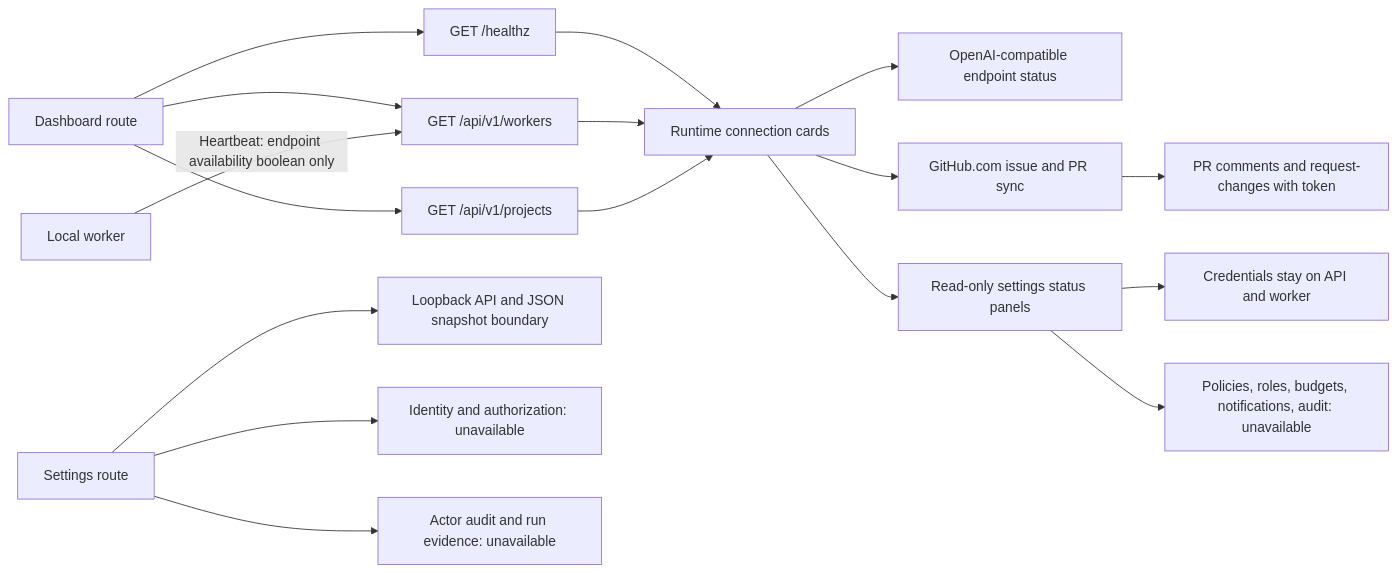
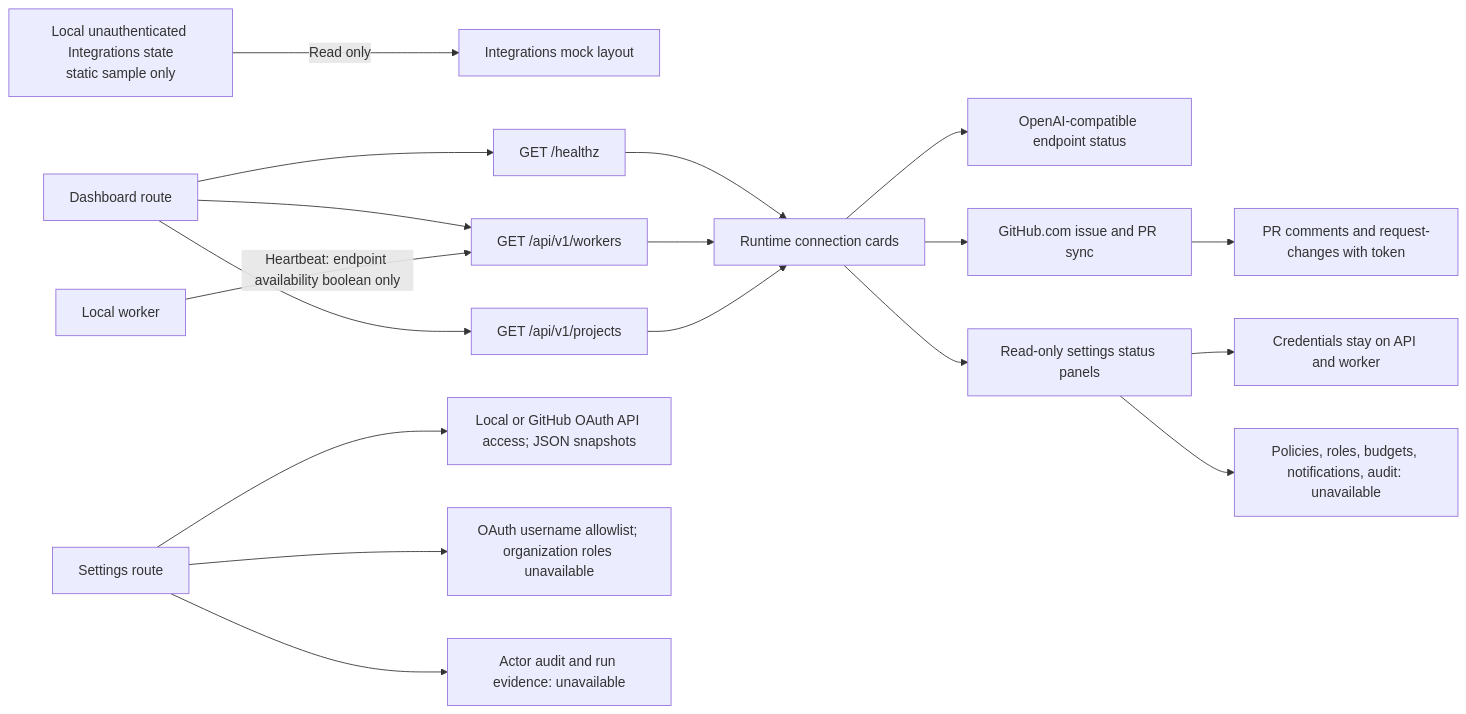
One commit to bogdaniel/zenchron-engineering-os changed the diagram in docs/features/system-settings-and-integrations.md. Above: the diagram before and after it, drawn with Mermaid. The commit also changed other lines of this file and 103 other files, not shown here.

````diff
--- a/docs/features/system-settings-and-integrations.md
+++ b/docs/features/system-settings-and-integrations.md
@@ -12,19 +14,20 @@
 ```mermaid
 flowchart LR
+    Preview[Local unauthenticated Integrations state<br/>static sample only] -->|Read only| Mock[Integrations mock layout]
     Browser[Dashboard route] --> APIHealth[GET /healthz]
     Browser --> Workers[GET /api/v1/workers]
     Browser --> Projects[GET /api/v1/projects]
     Worker[Local worker] -->|Heartbeat: endpoint availability boolean only| Workers
     APIHealth --> Integrations[Runtime connection cards]
     Workers --> Integrations
     Projects --> Integrations
     Integrations --> Model[OpenAI-compatible endpoint status]
     Integrations --> GitHub[GitHub.com issue and PR sync]
     GitHub --> PRReview[PR comments and request-changes with token]
     Integrations --> Boundaries[Read-only settings status panels]
     Boundaries --> Secrets[Credentials stay on API and worker]
     Boundaries --> Missing[Policies, roles, budgets, notifications, audit: unavailable]
-    Settings[Settings route] --> Boundary[Loopback API and JSON snapshot boundary]
-    Settings --> Access[Identity and authorization: unavailable]
+    Settings[Settings route] --> Boundary[Local or GitHub OAuth API access; JSON snapshots]
+    Settings --> Access[OAuth username allowlist; organization roles unavailable]
     Settings --> Audit[Actor audit and run evidence: unavailable]
 ```
````
